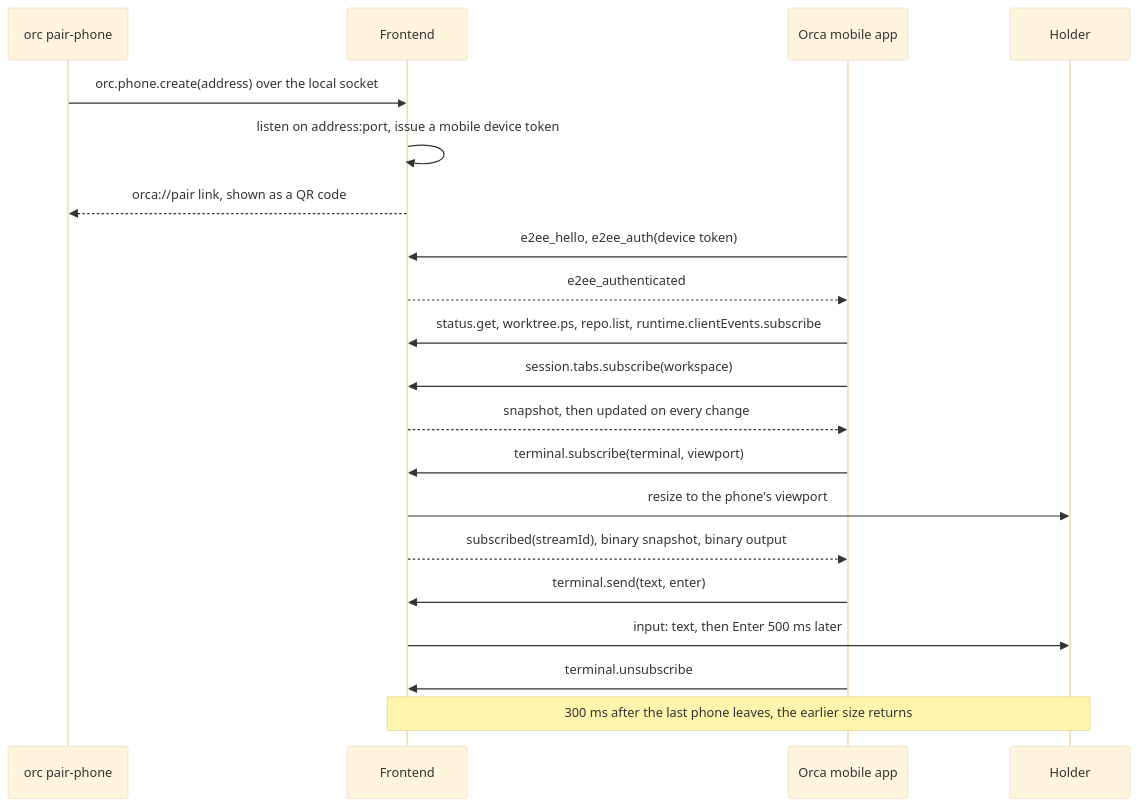
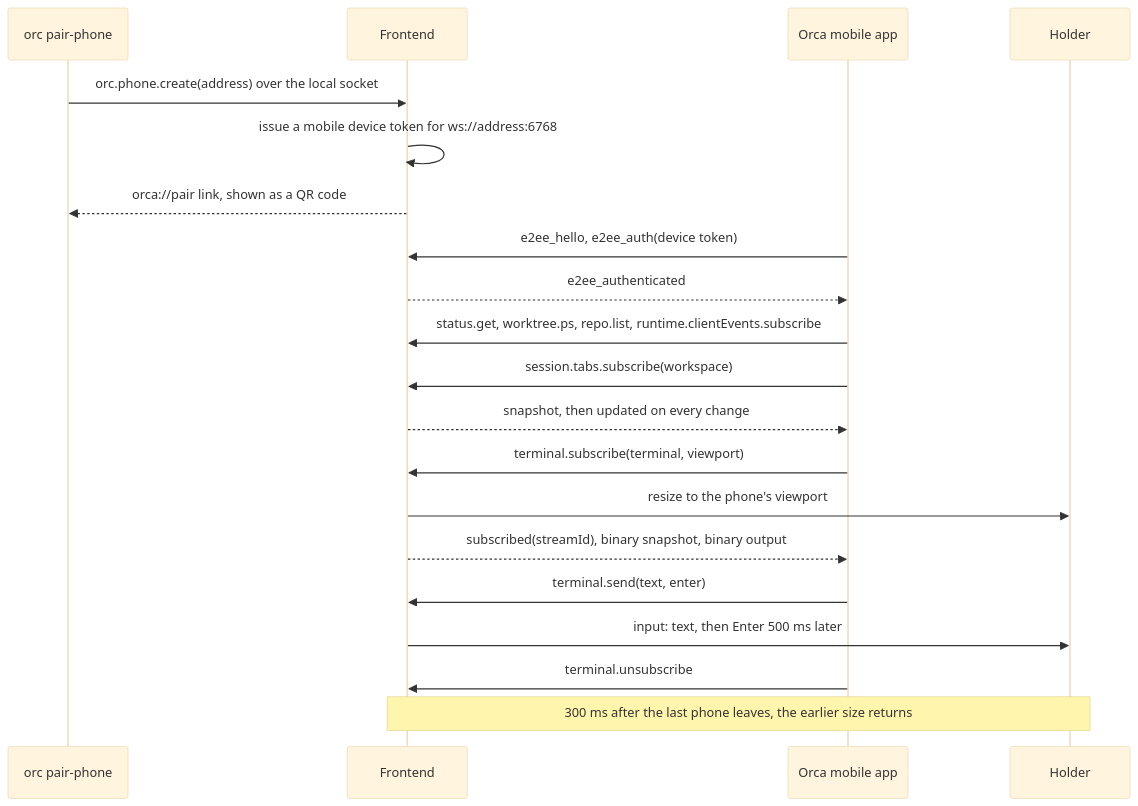
One commit to phillipleblanc/orc changed the fifth of 7 diagrams in slim/ARCHITECTURE.md. Above: the diagram before and after it, drawn with Mermaid (base theme). The commit also changed other lines of this file and 14 other files, not shown here.

````diff
--- a/slim/ARCHITECTURE.md
+++ b/slim/ARCHITECTURE.md
@@ -179,23 +179,23 @@
 ```mermaid
 sequenceDiagram
     participant U as orc pair-phone
     participant F as Frontend
     participant P as Orca mobile app
     participant H as Holder
 
     U->>F: orc.phone.create(address) over the local socket
-    F->>F: listen on address:port, issue a mobile device token
+    F->>F: issue a mobile device token for ws://address:6768
     F-->>U: orca://pair link, shown as a QR code
     P->>F: e2ee_hello, e2ee_auth(device token)
     F-->>P: e2ee_authenticated
     P->>F: status.get, worktree.ps, repo.list, runtime.clientEvents.subscribe
     P->>F: session.tabs.subscribe(workspace)
     F-->>P: snapshot, then updated on every change
     P->>F: terminal.subscribe(terminal, viewport)
     F->>H: resize to the phone's viewport
     F-->>P: subscribed(streamId), binary snapshot, binary output
     P->>F: terminal.send(text, enter)
     F->>H: input: text, then Enter 500 ms later
     P->>F: terminal.unsubscribe
     Note over F,H: 300 ms after the last phone leaves, the earlier size returns
 ```
````
